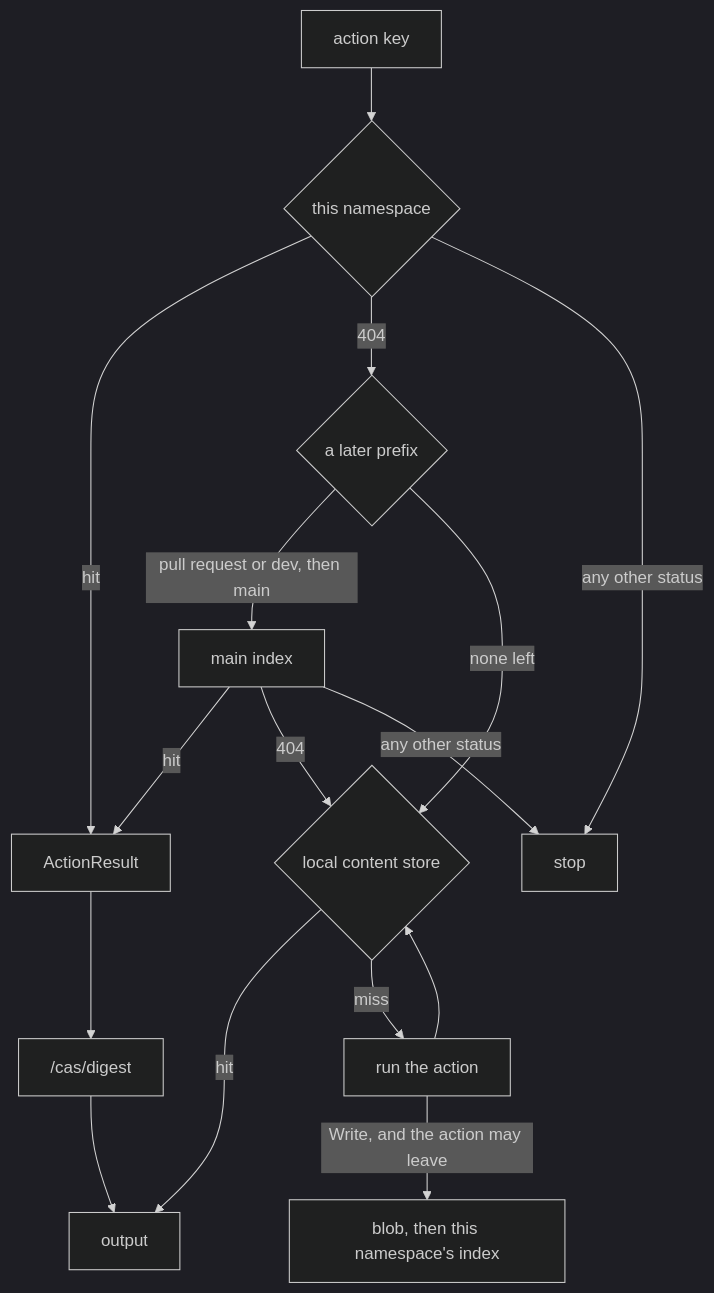
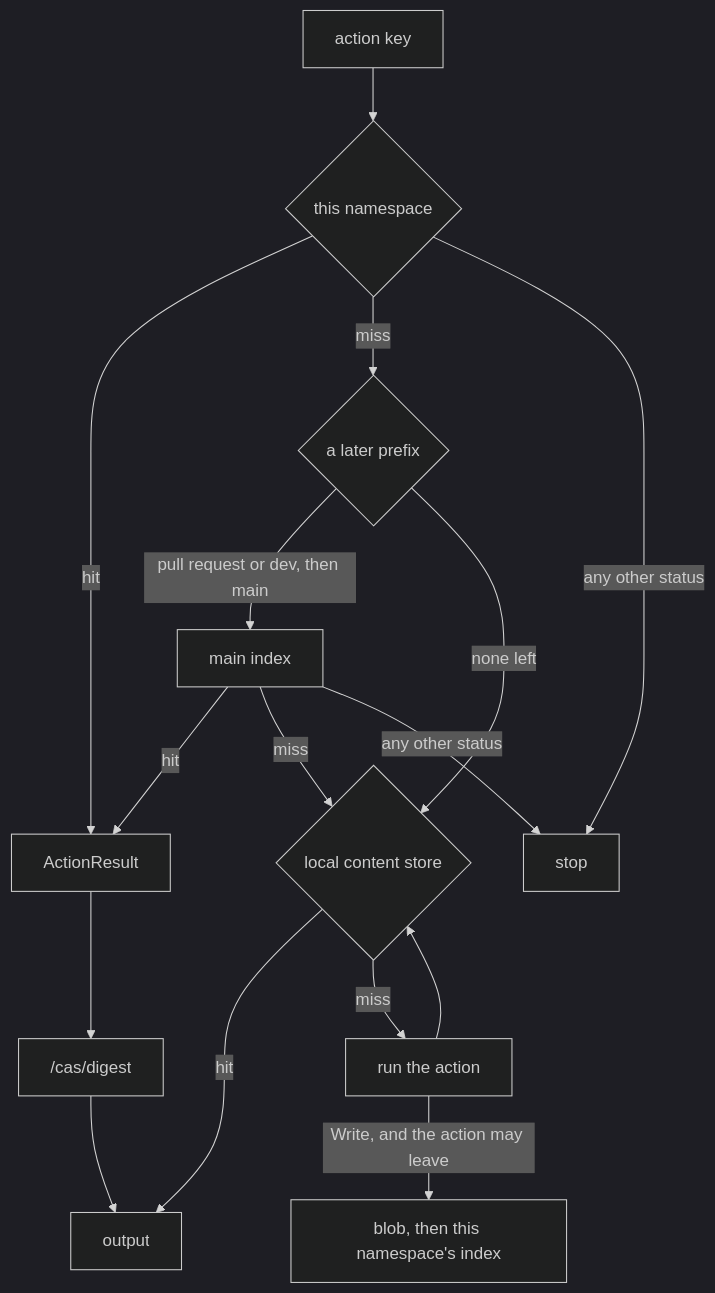
The eighth of 8 diagrams in README.md (early-effect/histos), drawn with Mermaid (dark theme) before and after one commit. The commit also changed other lines of this file and 15 other files, not shown here.

````diff
--- a/README.md
+++ b/README.md
@@ -275,18 +275,18 @@
 ```mermaid
 flowchart TD
   key[action key] --> here{this namespace}
   here -->|hit| result[ActionResult]
-  here -->|404| parent{a later prefix}
+  here -->|miss| parent{a later prefix}
   here -->|any other status| stop[stop]
   parent -->|pull request or dev, then main| main[main index]
   parent -->|none left| local{local content store}
   main -->|hit| result
-  main -->|404| local
+  main -->|miss| local
   main -->|any other status| stop
   result --> blob["/cas/digest"]
   blob --> out[output]
   local -->|hit| out
   local -->|miss| run[run the action]
   run --> local
   run -->|Write, and the action may leave| put["blob, then this namespace's index"]
 ```
````
